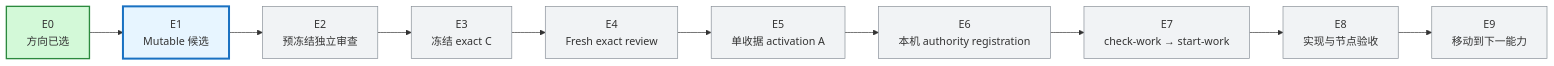
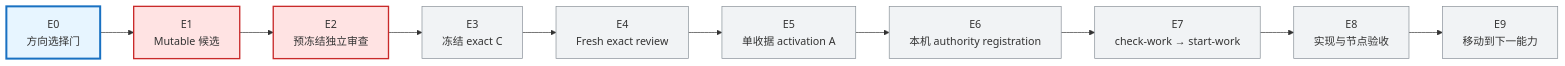
One commit to j-a-v-e-n/knowledge-vault changed the second of 3 diagrams in MyBrain/automation/reports/investment-discipline-system/CURRENT_PROGRESS.md. Above: the diagram before and after it, drawn with Mermaid. The commit also changed other lines of this file, not shown here.

````diff
--- a/MyBrain/automation/reports/investment-discipline-system/CURRENT_PROGRESS.md
+++ b/MyBrain/automation/reports/investment-discipline-system/CURRENT_PROGRESS.md
@@ -60,20 +60,20 @@
 ```mermaid
 flowchart LR
-    E0["E0<br/>方向已选"] --> E1["E1<br/>Mutable 候选"]
+    E0["E0<br/>方向选择门"] --> E1["E1<br/>Mutable 候选"]
     E1 --> E2["E2<br/>预冻结独立审查"]
     E2 --> E3["E3<br/>冻结 exact C"]
     E3 --> E4["E4<br/>Fresh exact review"]
     E4 --> E5["E5<br/>单收据 activation A"]
     E5 --> E6["E6<br/>本机 authority registration"]
     E6 --> E7["E7<br/>check-work → start-work"]
     E7 --> E8["E8<br/>实现与节点验收"]
     E8 --> E9["E9<br/>移动到下一能力"]
 
     classDef done fill:#d3f9d8,stroke:#2b8a3e,stroke-width:2px;
     classDef current fill:#e7f5ff,stroke:#1971c2,stroke-width:3px;
     classDef failed fill:#ffe3e3,stroke:#c92a2a,stroke-width:2px;
     classDef pending fill:#f1f3f5,stroke:#868e96;
-    class E0 done;
-    class E1 current;
-    class E2,E3,E4,E5,E6,E7,E8,E9 pending;
+    class E0 current;
+    class E1,E2 failed;
+    class E3,E4,E5,E6,E7,E8,E9 pending;
 ```
````
